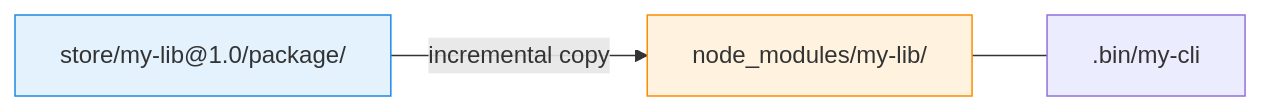
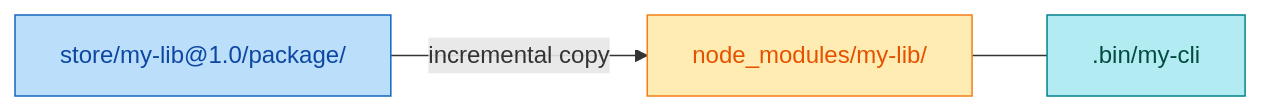
The third of 5 diagrams in docs/how-it-works.md (oleg-kuibar/plunk), drawn with Mermaid before and after one commit. The commit also changed other lines of this file and 10 other files, not shown here.

First line of the commit message:
docs: theme-safe mermaid colors, tighten prose

````diff
--- a/docs/how-it-works.md
+++ b/docs/how-it-works.md
@@ -103,8 +114,9 @@
 ```mermaid
 graph LR
     Store["store/my-lib@1.0/package/"] -- "incremental copy" --> NM["node_modules/my-lib/"]
     NM --- Bin[".bin/my-cli"]
 
-    style Store fill:#e3f2fd,stroke:#1e88e5
-    style NM fill:#fff3e0,stroke:#fb8c00
+    style Store fill:#bbdefb,stroke:#1565c0,color:#0d47a1
+    style NM fill:#ffecb3,stroke:#f57f17,color:#e65100
+    style Bin fill:#b2ebf2,stroke:#00838f,color:#004d40
 ```
````
